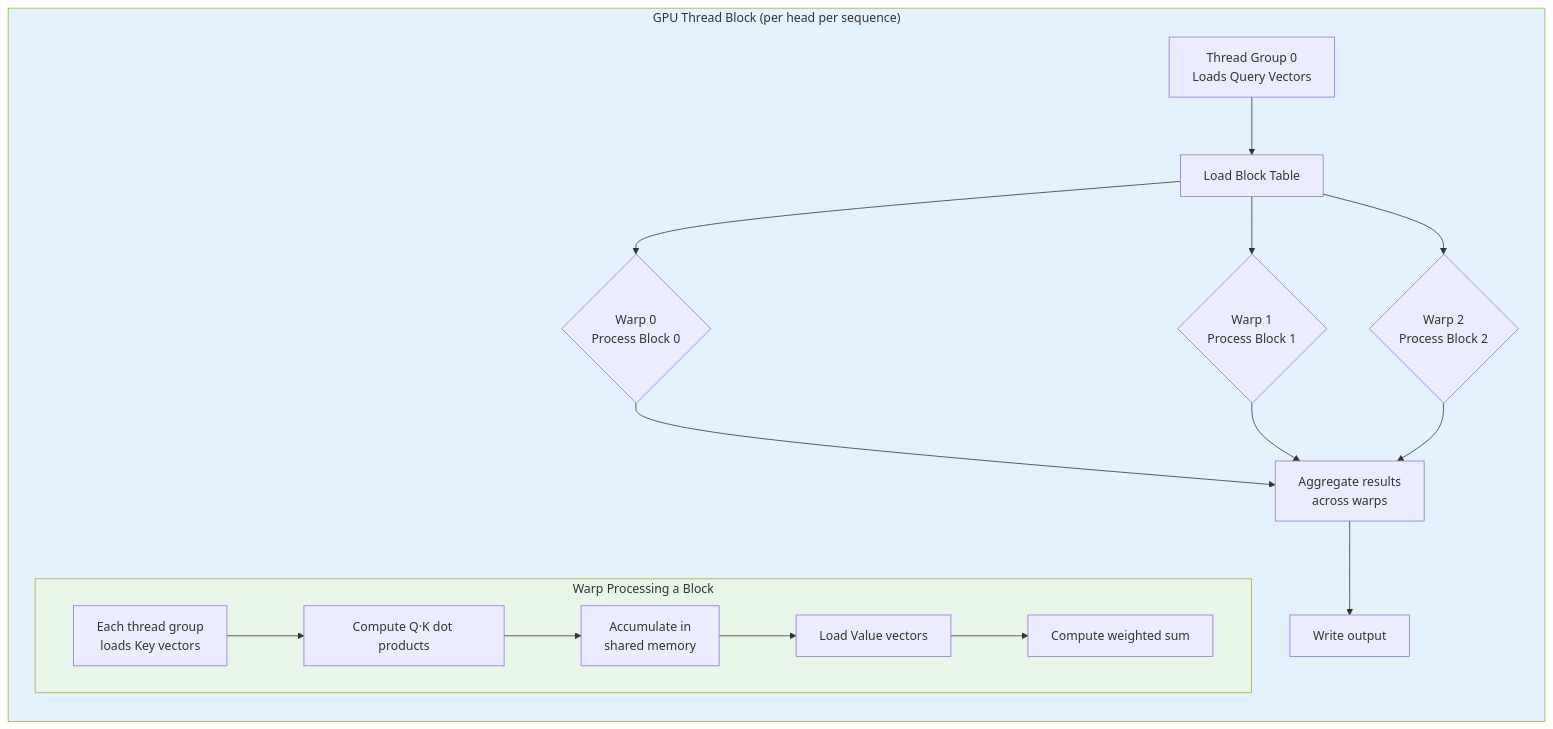
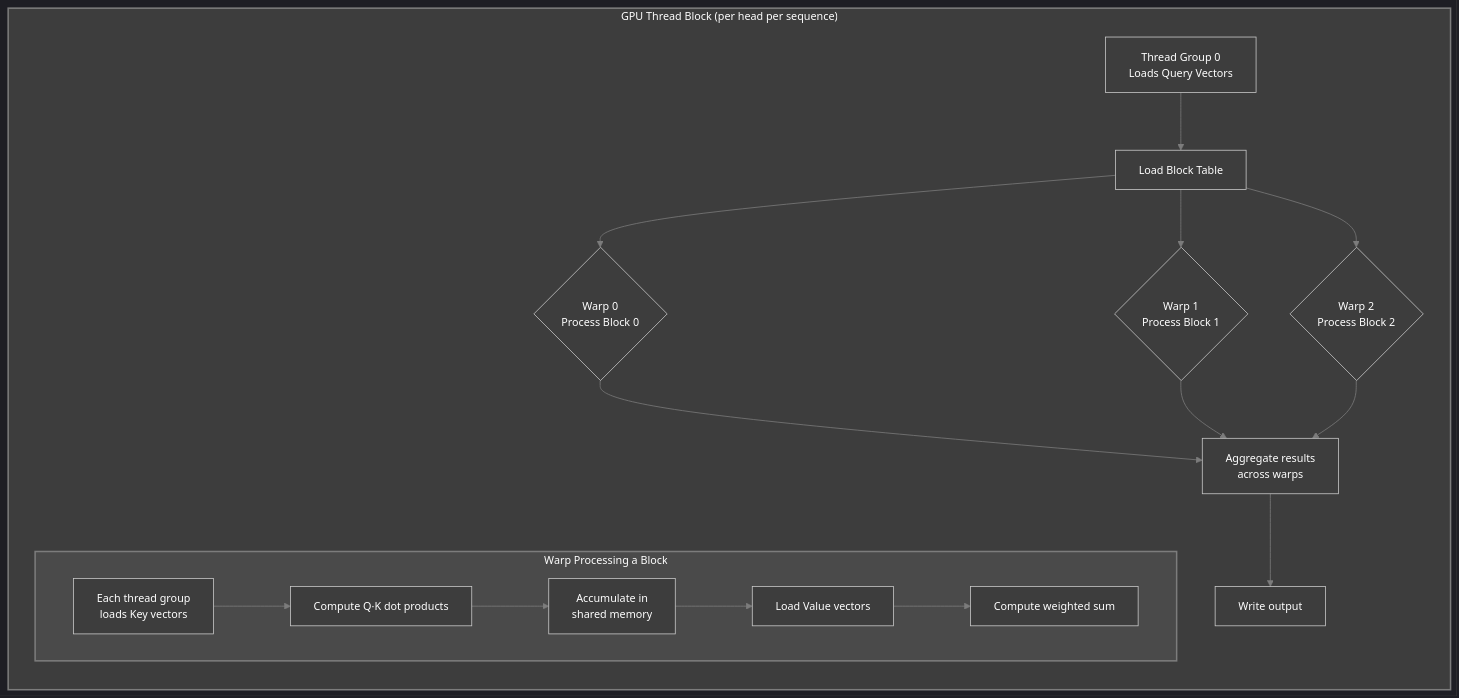
The ninth of 14 diagrams in lab0.1/lab 0.111.md (Shahriarin2garden/vllm_from_scratch), drawn with Mermaid before and after one commit. The commit also changed other lines of this file and 2 other files, not shown here.

````diff
--- a/lab0.1/lab 0.111.md
+++ b/lab0.1/lab 0.111.md
@@ -799,25 +918,26 @@
 ```mermaid
+%%{init: {'theme':'dark', 'themeVariables': { 'primaryColor':'#3d3d3d','primaryTextColor':'#fff','primaryBorderColor':'#7c7c7c','lineColor':'#7c7c7c','secondaryColor':'#4a4a4a','tertiaryColor':'#3d3d3d','background':'#2d2d2d','mainBkg':'#3d3d3d','secondBkg':'#4a4a4a','textColor':'#fff','fontSize':'14px'}}}%%
 graph TD
     subgraph GPU_Thread_Block ["GPU Thread Block (per head per sequence)"]
         direction TB
         TB1[Thread Group 0<br/>Loads Query Vectors] --> TB2[Load Block Table]
         TB2 --> TB3{Warp 0<br/>Process Block 0}
         TB2 --> TB4{Warp 1<br/>Process Block 1}
         TB2 --> TB5{Warp 2<br/>Process Block 2}
 
         subgraph Warp_Processing ["Warp Processing a Block"]
             W1[Each thread group<br/>loads Key vectors] --> W2[Compute Q·K dot products]
             W2 --> W3[Accumulate in<br/>shared memory]
             W3 --> W4[Load Value vectors]
             W4 --> W5[Compute weighted sum]
         end
 
         TB3 --> TB6[Aggregate results<br/>across warps]
         TB4 --> TB6
         TB5 --> TB6
         TB6 --> TB7[Write output]
     end
 
-    style GPU_Thread_Block fill:#e3f2fd
-    style Warp_Processing fill:#e8f5e9
+    style GPU_Thread_Block fill:#3d3d3d,stroke:#7c7c7c,stroke-width:2px,color:#fff
+    style Warp_Processing fill:#4a4a4a,stroke:#7c7c7c,stroke-width:2px,color:#fff
 ```
````
